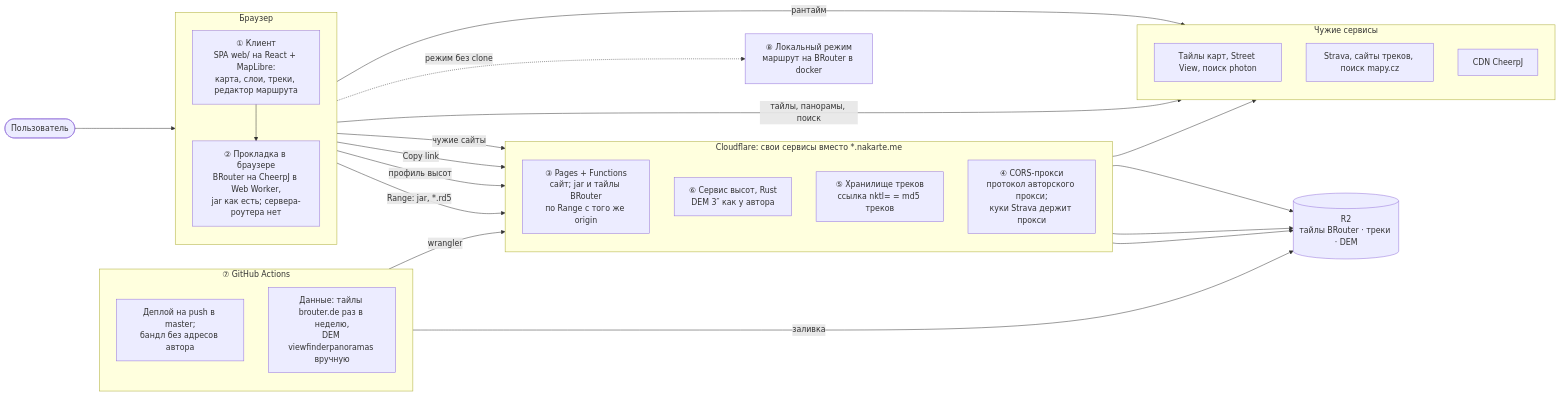
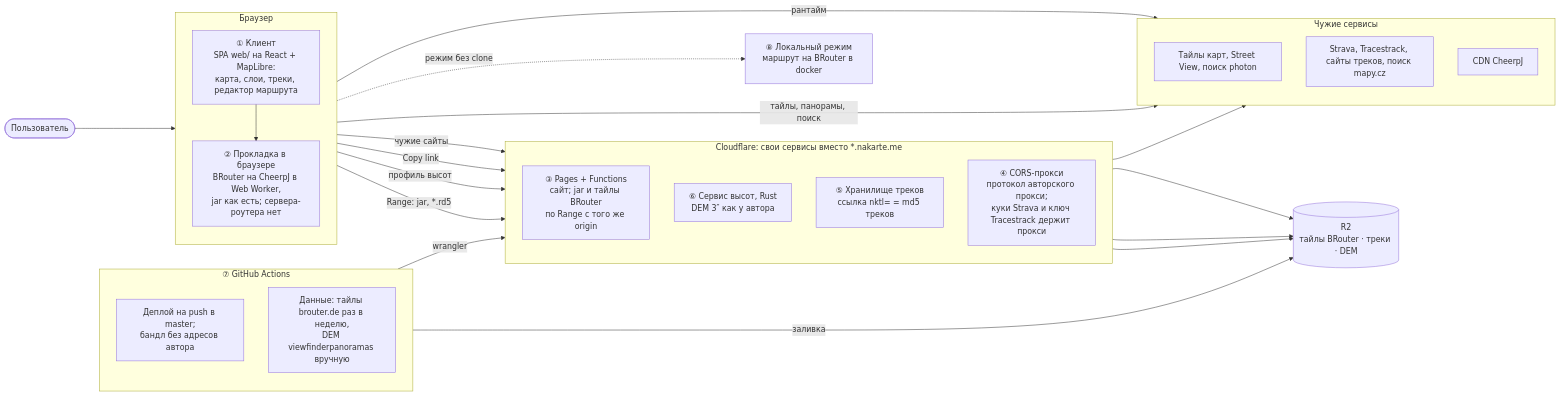
The first of 3 diagrams in docs/architecture/README.md (sergeycw/nakarte), drawn with Mermaid before and after one commit. The commit also changed other lines of this file and 4 other files, not shown here.

````diff
--- a/docs/architecture/README.md
+++ b/docs/architecture/README.md
@@ -11,51 +11,51 @@
 ```mermaid
 flowchart LR
     user(["Пользователь"])
 
     subgraph browser["Браузер"]
         direction TB
         ui["① Клиент<br/>SPA web/ на React + MapLibre:<br/>карта, слои, треки, редактор маршрута"]
         engine["② Прокладка в браузере<br/>BRouter на CheerpJ в Web Worker,<br/>jar как есть; сервера-роутера нет"]
     end
 
     subgraph cf["Cloudflare: свои сервисы вместо *.nakarte.me"]
         direction TB
         pages["③ Pages + Functions<br/>сайт; jar и тайлы BRouter<br/>по Range с того же origin"]
         elev["⑥ Сервис высот, Rust<br/>DEM 3″ как у автора"]
         tracks["⑤ Хранилище треков<br/>ссылка nktl= = md5 треков"]
-        proxy["④ CORS-прокси<br/>протокол авторского прокси;<br/>куки Strava держит прокси"]
+        proxy["④ CORS-прокси<br/>протокол авторского прокси;<br/>куки Strava и ключ Tracestrack держит прокси"]
     end
 
     r2[("R2<br/>тайлы BRouter · треки · DEM")]
 
     subgraph gha["⑦ GitHub Actions"]
         direction TB
         deploy["Деплой на push в master;<br/>бандл без адресов автора"]
         data["Данные: тайлы brouter.de раз в неделю,<br/>DEM viewfinderpanoramas вручную"]
     end
 
     subgraph ext["Чужие сервисы"]
         direction TB
         maps["Тайлы карт, Street View, поиск photon"]
-        sites["Strava, сайты треков, поиск mapy.cz"]
+        sites["Strava, Tracestrack, сайты треков, поиск mapy.cz"]
         cdn["CDN CheerpJ"]
     end
 
     local["⑧ Локальный режим<br/>маршрут на BRouter в docker"]
 
     user --> ui
     ui --> engine
     engine -->|"Range: jar, *.rd5"| pages
     ui -->|"профиль высот"| elev
     ui -->|"Copy link"| tracks
     ui -->|"чужие сайты"| proxy
     pages --> r2
     elev --> r2
     tracks --> r2
     deploy -->|"wrangler"| cf
     data -->|"заливка"| r2
     ui -->|"тайлы, панорамы, поиск"| maps
     proxy --> sites
     engine -->|"рантайм"| cdn
     ui -.->|"режим без clone"| local
 ```
````
